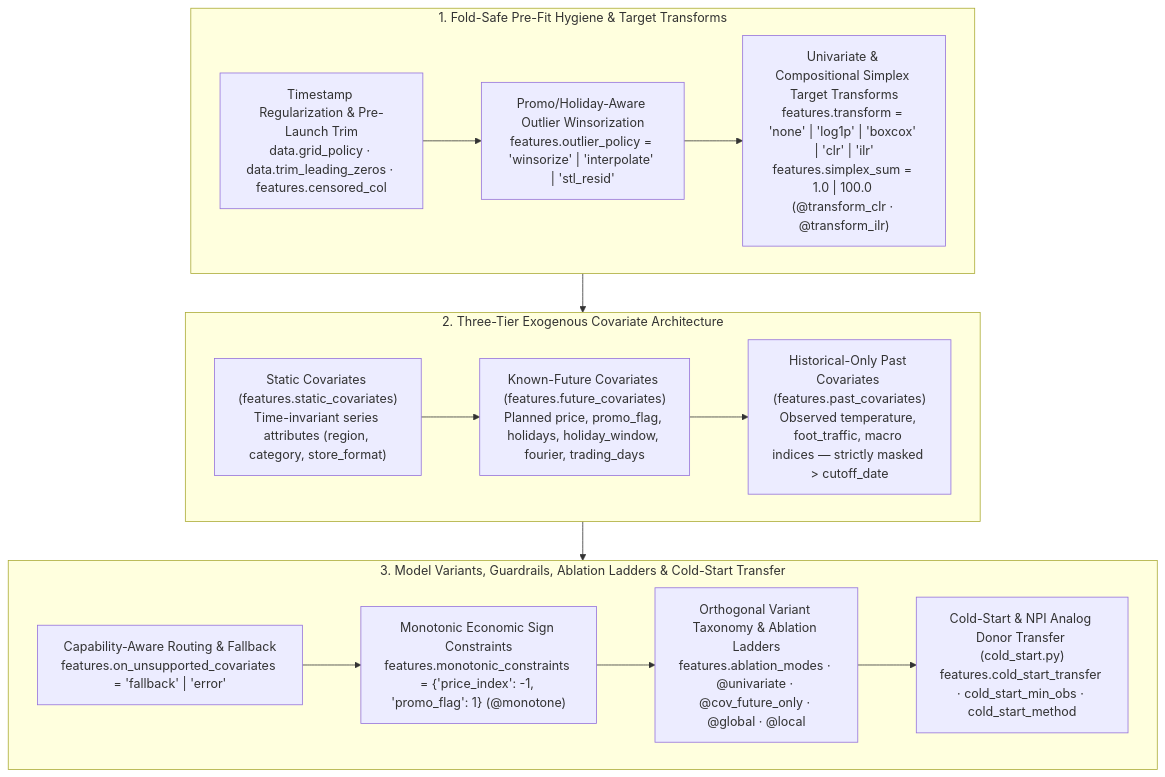
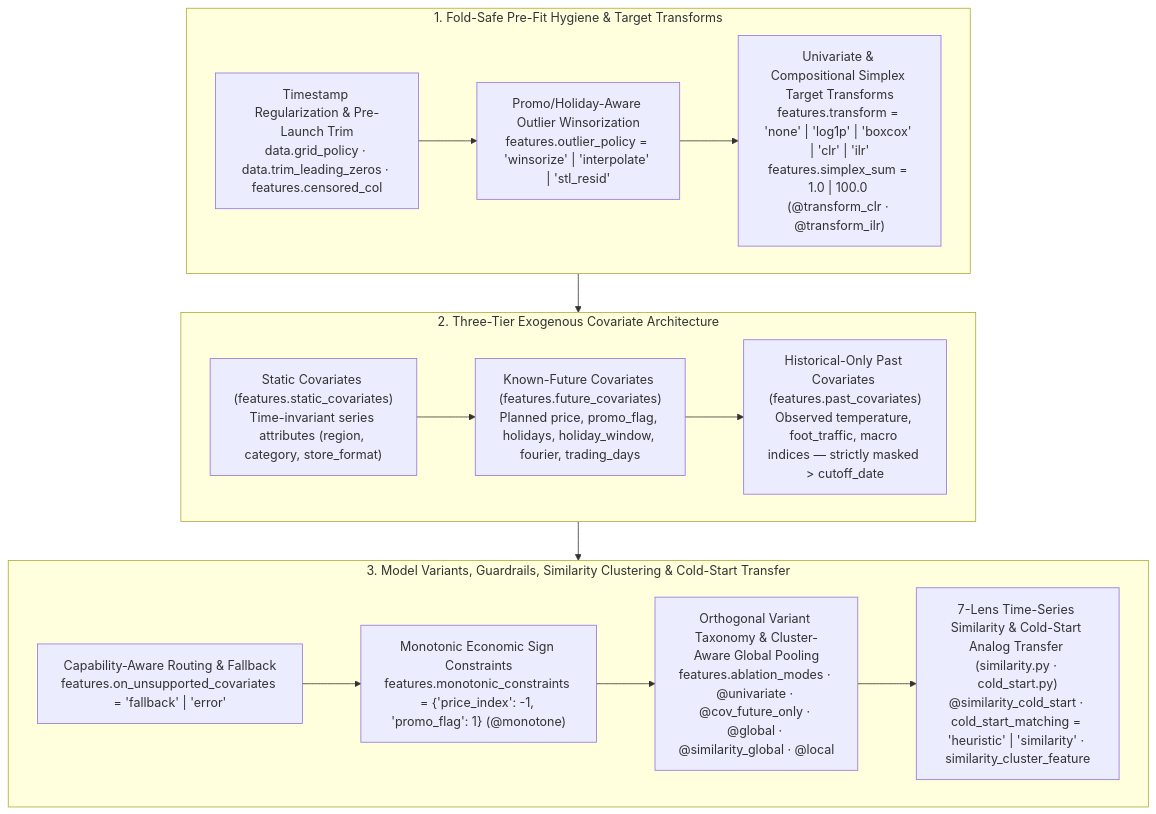
The diagram in docs/features_and_covariates.md (statmike/scale-forecasting), drawn with Mermaid before and after one commit. The commit also changed other lines of this file and 31 other files, not shown here.

````diff
--- a/docs/features_and_covariates.md
+++ b/docs/features_and_covariates.md
@@ -5,26 +5,26 @@
 ```mermaid
 flowchart TD
     subgraph S1["1. Fold-Safe Pre-Fit Hygiene & Target Transforms"]
         T1["Timestamp Regularization & Pre-Launch Trim<br/>data.grid_policy · data.trim_leading_zeros · features.censored_col"]
         T2["Promo/Holiday-Aware Outlier Winsorization<br/>features.outlier_policy = 'winsorize' | 'interpolate' | 'stl_resid'"]
         T3["Univariate & Compositional Simplex Target Transforms<br/>features.transform = 'none' | 'log1p' | 'boxcox' | 'clr' | 'ilr'<br/>features.simplex_sum = 1.0 | 100.0 (@transform_clr · @transform_ilr)"]
         T1 --> T2 --> T3
     end
 
     subgraph S2["2. Three-Tier Exogenous Covariate Architecture"]
         C1["Static Covariates (features.static_covariates)<br/>Time-invariant series attributes (region, category, store_format)"]
         C2["Known-Future Covariates (features.future_covariates)<br/>Planned price, promo_flag, holidays, holiday_window, fourier, trading_days"]
         C3["Historical-Only Past Covariates (features.past_covariates)<br/>Observed temperature, foot_traffic, macro indices — strictly masked > cutoff_date"]
         C1 --> C2 --> C3
     end
 
-    subgraph S3["3. Model Variants, Guardrails, Ablation Ladders & Cold-Start Transfer"]
+    subgraph S3["3. Model Variants, Guardrails, Similarity Clustering & Cold-Start Transfer"]
         V1["Capability-Aware Routing & Fallback<br/>features.on_unsupported_covariates = 'fallback' | 'error'"]
         V2["Monotonic Economic Sign Constraints<br/>features.monotonic_constraints = {'price_index': -1, 'promo_flag': 1} (@monotone)"]
-        V3["Orthogonal Variant Taxonomy & Ablation Ladders<br/>features.ablation_modes · @univariate · @cov_future_only · @global · @local"]
-        V4["Cold-Start & NPI Analog Donor Transfer (cold_start.py)<br/>features.cold_start_transfer · cold_start_min_obs · cold_start_method"]
+        V3["Orthogonal Variant Taxonomy & Cluster-Aware Global Pooling<br/>features.ablation_modes · @univariate · @cov_future_only · @global · @similarity_global · @local"]
+        V4["7-Lens Time-Series Similarity & Cold-Start Analog Transfer (similarity.py · cold_start.py)<br/>@similarity_cold_start · cold_start_matching = 'heuristic' | 'similarity' · similarity_cluster_feature"]
         V1 --> V2 --> V3 --> V4
     end
 
     S1 --> S2 --> S3
 ```
````
